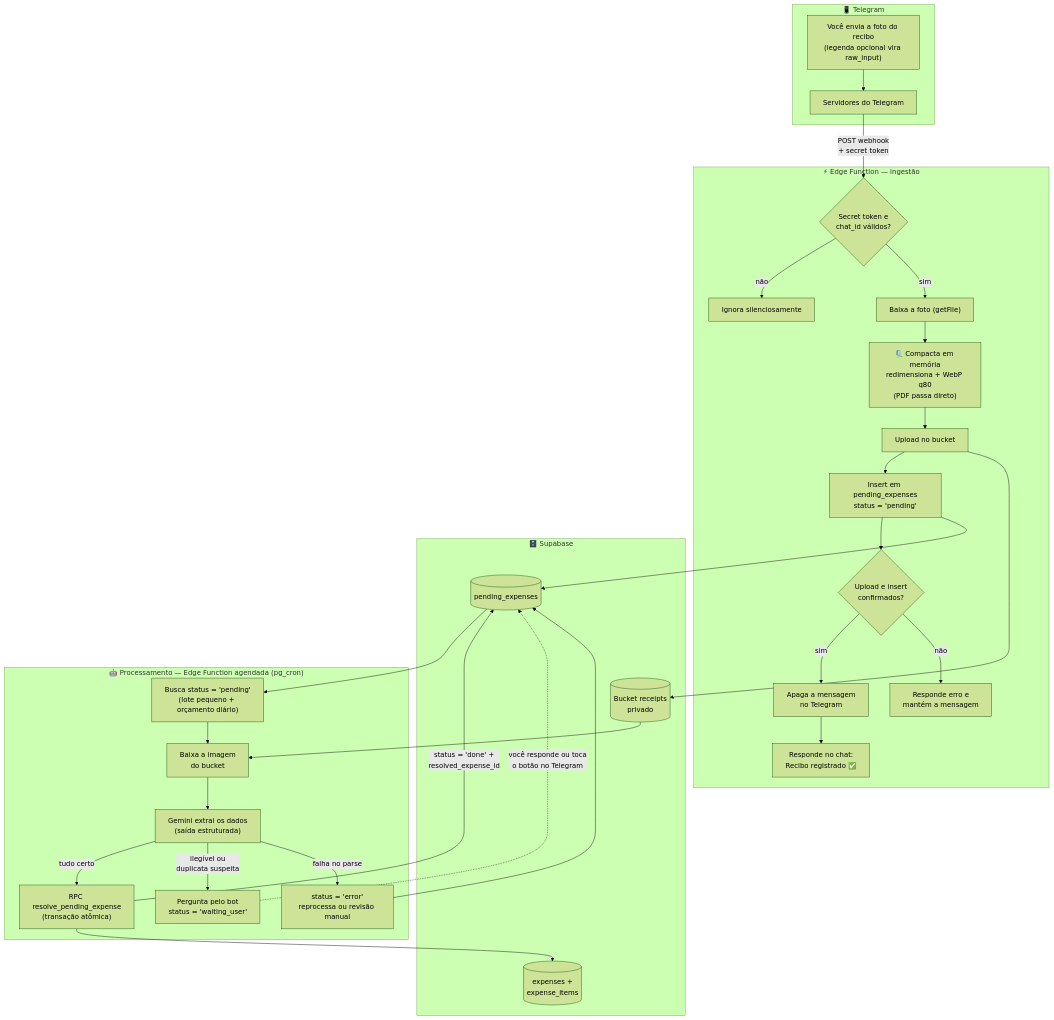
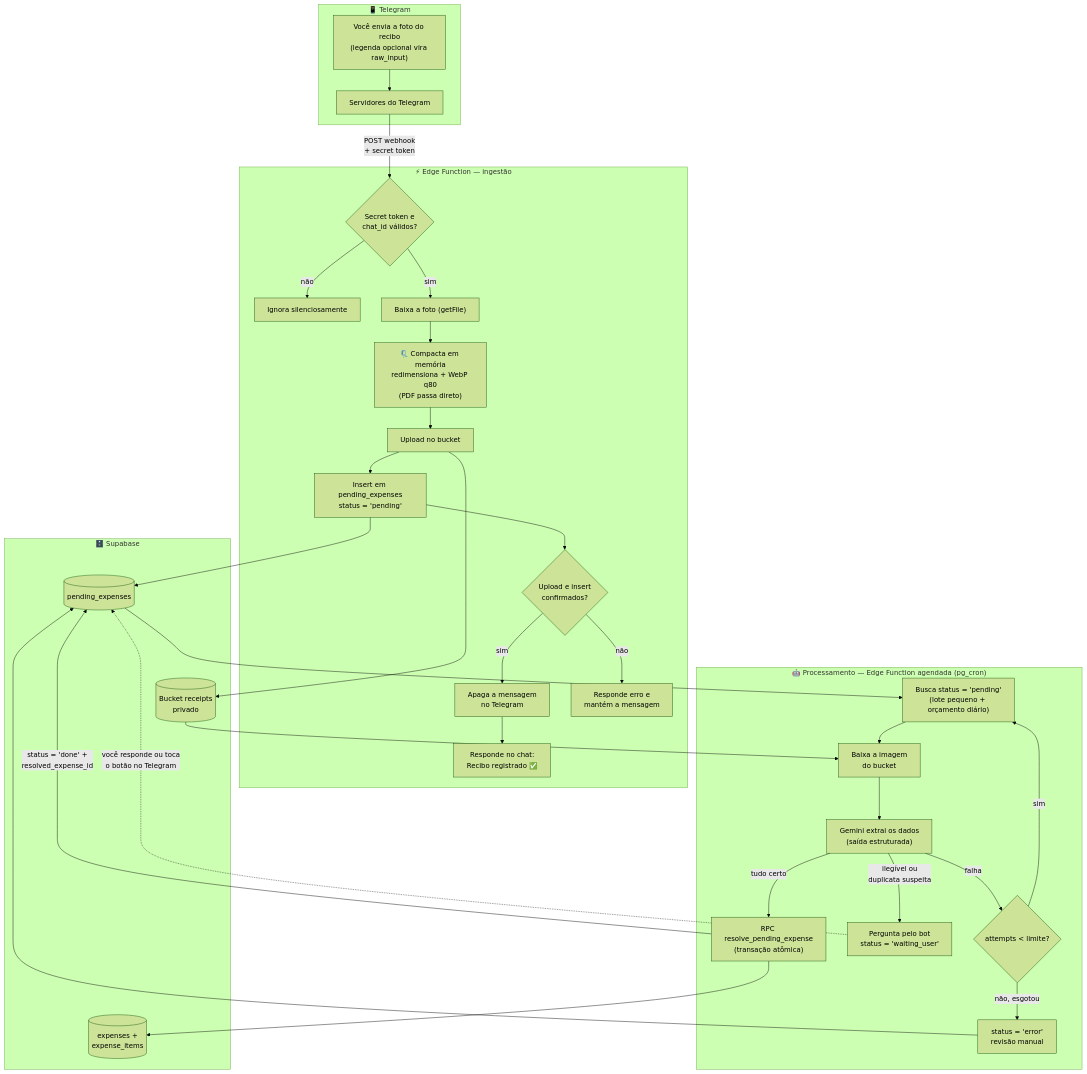
Before and after one commit to Seixu-Arapy/moneta: the second of 2 diagrams in docs/pipeline-ia-recibos.md, drawn with Mermaid (forest theme). The commit also changed other lines of this file and 4 other files, not shown here.

````diff
--- a/docs/pipeline-ia-recibos.md
+++ b/docs/pipeline-ia-recibos.md
@@ -223,44 +223,46 @@
 ```mermaid
 flowchart TD
     subgraph TG["📱 Telegram"]
         A["Você envia a foto do recibo<br/>(legenda opcional vira raw_input)"] --> B["Servidores do Telegram"]
     end
 
     B -->|"POST webhook<br/>+ secret token"| C
 
     subgraph EF["⚡ Edge Function — ingestão"]
         C{"Secret token e<br/>chat_id válidos?"} -->|"não"| X["Ignora silenciosamente"]
         C -->|"sim"| D["Baixa a foto (getFile)"]
         D --> E["🗜️ Compacta em memória<br/>redimensiona + WebP q80<br/>(PDF passa direto)"]
         E --> F["Upload no bucket"]
         F --> G["Insert em pending_expenses<br/>status = 'pending'"]
         G --> H{"Upload e insert<br/>confirmados?"}
         H -->|"sim"| I["Apaga a mensagem<br/>no Telegram"]
         I --> J["Responde no chat:<br/>Recibo registrado ✅"]
         H -->|"não"| K["Responde erro e<br/>mantém a mensagem"]
     end
 
     subgraph SB["🗄️ Supabase"]
         L[("Bucket receipts<br/>privado")]
         M[("pending_expenses")]
         N[("expenses +<br/>expense_items")]
     end
 
     F --> L
     G --> M
 
     subgraph PR["🤖 Processamento — Edge Function agendada (pg_cron)"]
         O["Busca status = 'pending'<br/>(lote pequeno + orçamento diário)"] --> P["Baixa a imagem<br/>do bucket"]
         P --> Q["Gemini extrai os dados<br/>(saída estruturada)"]
         Q -->|"tudo certo"| R["RPC resolve_pending_expense<br/>(transação atômica)"]
         Q -->|"ilegível ou<br/>duplicata suspeita"| T["Pergunta pelo bot<br/>status = 'waiting_user'"]
-        Q -->|"falha no parse"| S["status = 'error'<br/>reprocessa ou revisão manual"]
+        Q -->|"falha"| S{"attempts < limite?"}
+        S -->|"sim"| O
+        S -->|"não, esgotou"| U["status = 'error'<br/>revisão manual"]
     end
 
     M --> O
     L --> P
     R --> N
     R -->|"status = 'done' +<br/>resolved_expense_id"| M
-    S --> M
+    U --> M
     T -.->|"você responde ou toca<br/>o botão no Telegram"| M
 ```
````
